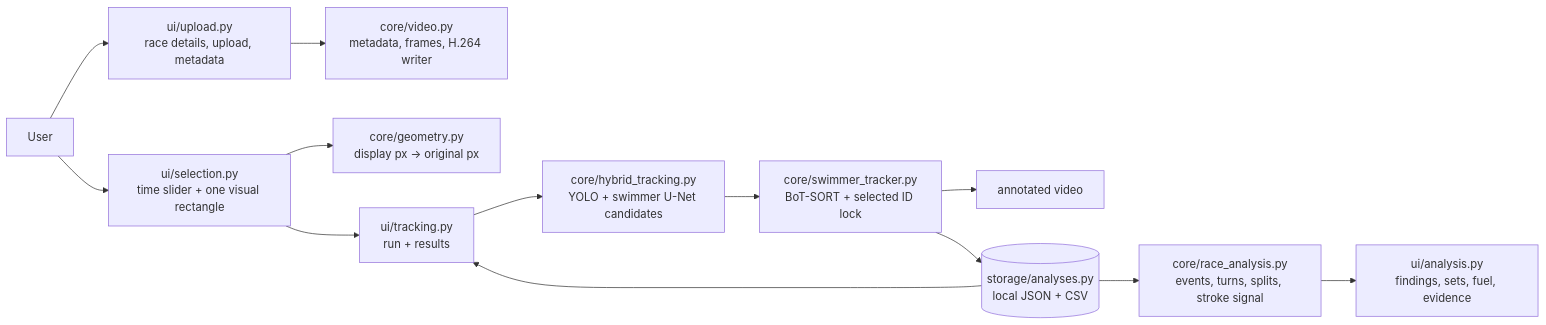
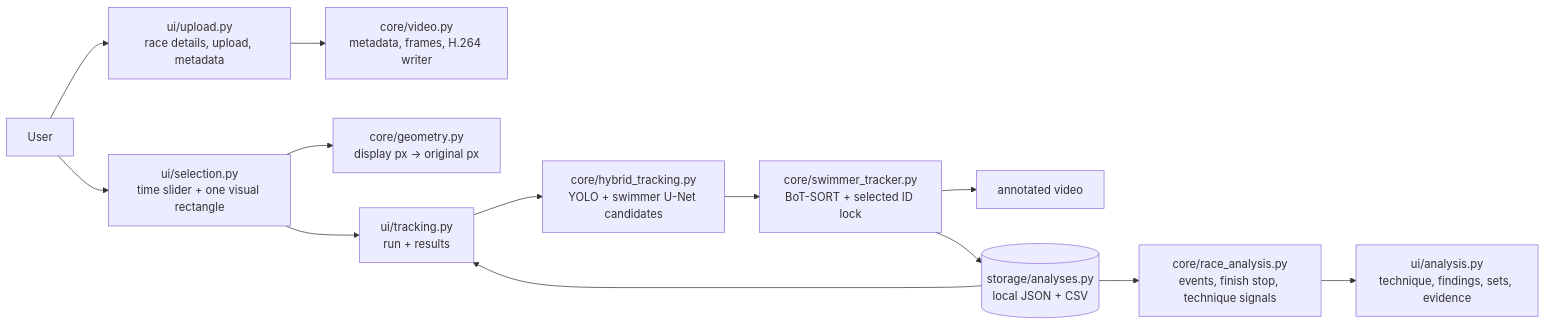
One commit to samyar2012/SWIMVISION changed the diagram in README.md. Above: the diagram before and after it, drawn with Mermaid. The commit also changed other lines of this file and 6 other files, not shown here.

Commit message:
Add technique analysis and finish timing

````diff
--- a/README.md
+++ b/README.md
@@ -42,15 +44,15 @@
 ```mermaid
 flowchart LR
     U[User] --> UP[ui/upload.py<br/>race details, upload, metadata]
     UP --> V[core/video.py<br/>metadata, frames, H.264 writer]
     U --> SEL[ui/selection.py<br/>time slider + one visual rectangle]
     SEL --> G[core/geometry.py<br/>display px -> original px]
     SEL --> TR[ui/tracking.py<br/>run + results]
     TR --> H[core/hybrid_tracking.py<br/>YOLO + swimmer U-Net candidates]
     H --> P[core/swimmer_tracker.py<br/>BoT-SORT + selected ID lock]
     P --> O[annotated video]
     P --> ST[(storage/analyses.py<br/>local JSON + CSV)]
     ST --> TR
-    ST --> RA[core/race_analysis.py<br/>events, turns, splits, stroke signal]
-    RA --> UI[ui/analysis.py<br/>findings, sets, fuel, evidence]
+    ST --> RA[core/race_analysis.py<br/>events, finish stop, technique signals]
+    RA --> UI[ui/analysis.py<br/>technique, findings, sets, evidence]
 ```
````
